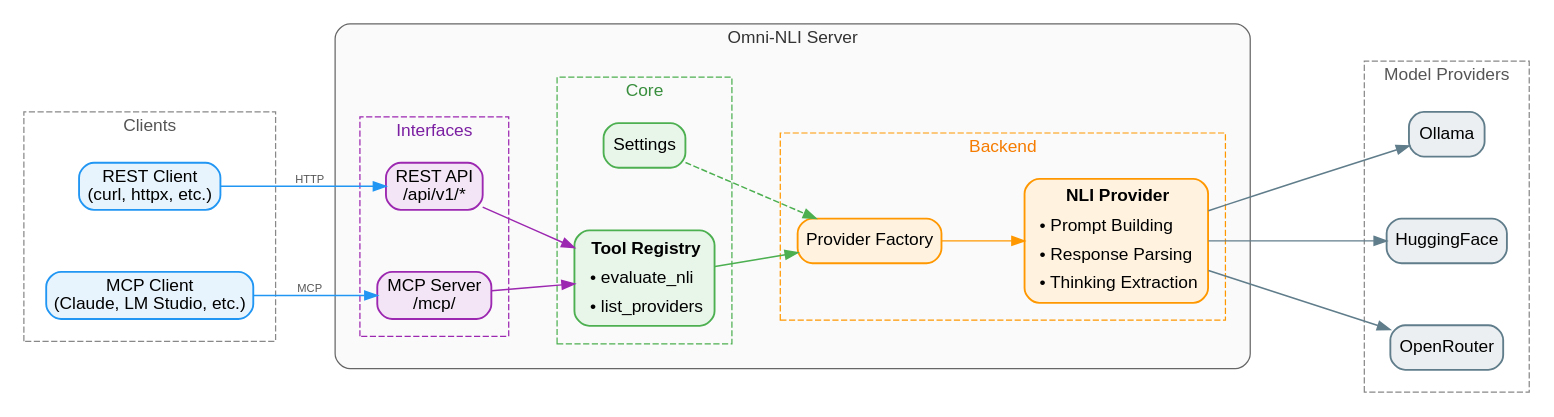
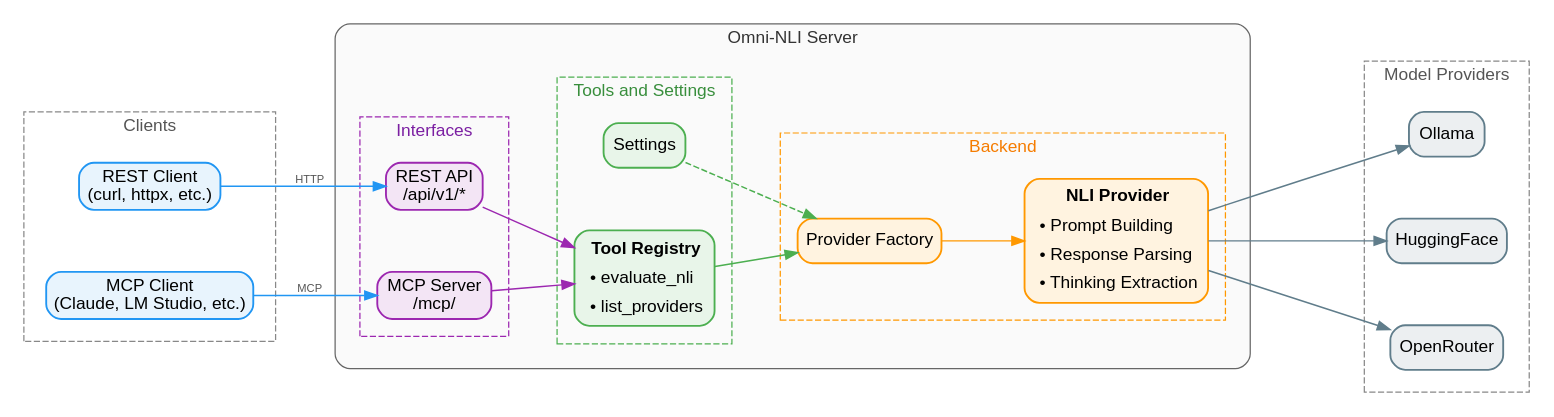
The diagram in docs/assets/diagrams/architecture.dot (CogitatorTech/omni-nli), drawn with Graphviz before and after one commit. The commit also changed 18 other files, not shown here.

```diff
--- a/docs/assets/diagrams/architecture.dot
+++ b/docs/assets/diagrams/architecture.dot
@@ -1,115 +1,115 @@
 digraph OmniNLIArchitecture {
 fontname = "Helvetica,Arial,sans-serif"
 layout = dot
 rankdir = LR
 ranksep = 0.9;
 nodesep = 0.7;
 splines = true;
 compound = true;
 bgcolor = "white"
 
 node [
 fontname = "Helvetica,Arial,sans-serif",
 shape = box,
 style = "filled,rounded",
 color = "#555555",
 fillcolor = "white",
 penwidth = 1.5
 ]
 edge [
 fontname = "Helvetica,Arial,sans-serif",
 color = "#333333",
 fontsize = 9,
 fontcolor = "#555555",
 labeldistance = 2.0,
 penwidth = 1.2
 ]
 
 subgraph cluster_clients {
 label = "Clients"
 style = "dashed"
 color = "#888888"
 fontcolor = "#555555"
 margin = 18
 rest_client [label = "REST Client\n(curl, httpx, etc.)", fillcolor = "#E8F4FD", color = "#2196F3"]
 mcp_client [label = "MCP Client\n(Claude, LM Studio, etc.)", fillcolor = "#E8F4FD", color = "#2196F3"]
 }
 
 subgraph cluster_server {
 label = "Omni-NLI Server"
 style = "rounded"
 color = "#666666"
 fontcolor = "#333333"
 bgcolor = "#FAFAFA"
 margin = 20
 
 subgraph cluster_interfaces {
 label = "Interfaces"
 style = "dashed"
 color = "#9C27B0"
 fontcolor = "#7B1FA2"
 margin = 14
 rest_api [label = "REST API\n/api/v1/*", fillcolor = "#F3E5F5", color = "#9C27B0"]
 mcp_server [label = "MCP Server\n/mcp/", fillcolor = "#F3E5F5", color = "#9C27B0"]
 }
 
 subgraph cluster_core {
-label = "Core"
+label = "Tools and Settings"
 style = "dashed"
 color = "#4CAF50"
 fontcolor = "#388E3C"
 margin = 14
 tool_registry [label = <<table border="0" cellborder="0" cellspacing="0" cellpadding="4">
 <tr><td align="center"><b>Tool Registry</b></td></tr>
 <tr><td align="left" balign="left">• evaluate_nli</td></tr>
 <tr><td align="left" balign="left">• list_providers</td></tr>
 </table>>, fillcolor = "#E8F5E9", color = "#4CAF50", shape = box]
 settings [label = "Settings", fillcolor = "#E8F5E9", color = "#4CAF50"]
 }
 
 subgraph cluster_providers {
 label = "Backend"
 style = "dashed"
 color = "#FF9800"
 fontcolor = "#F57C00"
 margin = 14
 provider_factory [label = "Provider Factory", fillcolor = "#FFF3E0", color = "#FF9800"]
 base_provider [label = <<table border="0" cellborder="0" cellspacing="0" cellpadding="4">
 <tr><td align="center"><b>NLI Provider</b></td></tr>
 <tr><td align="left" balign="left">• Prompt Building</td></tr>
 <tr><td align="left" balign="left">• Response Parsing</td></tr>
 <tr><td align="left" balign="left">• Thinking Extraction</td></tr>
 </table>>, fillcolor = "#FFF3E0", color = "#FF9800", shape = box]
 }
 }
 
 subgraph cluster_backends {
 label = "Model Providers"
 style = "dashed"
 color = "#888888"
 fontcolor = "#555555"
 margin = 18
 ollama [label = "Ollama", fillcolor = "#ECEFF1", color = "#607D8B"]
 huggingface [label = "HuggingFace", fillcolor = "#ECEFF1", color = "#607D8B"]
 openrouter [label = "OpenRouter", fillcolor = "#ECEFF1", color = "#607D8B"]
 }
 
 // Client connections
 rest_client -> rest_api [label = "HTTP", color = "#2196F3"]
 mcp_client -> mcp_server [label = "MCP", color = "#2196F3"]
 
 // Interface to core
 rest_api -> tool_registry [color = "#9C27B0"]
 mcp_server -> tool_registry [color = "#9C27B0"]
 
 // Core to providers
 tool_registry -> provider_factory [color = "#4CAF50"]
 settings -> provider_factory [style = "dashed", color = "#4CAF50"]
 provider_factory -> base_provider [color = "#FF9800"]
 
 // Providers to backends
 base_provider -> ollama [minlen = 2, color = "#607D8B"]
 base_provider -> huggingface [minlen = 2, color = "#607D8B"]
 base_provider -> openrouter [minlen = 2, color = "#607D8B"]
 
 }
```
